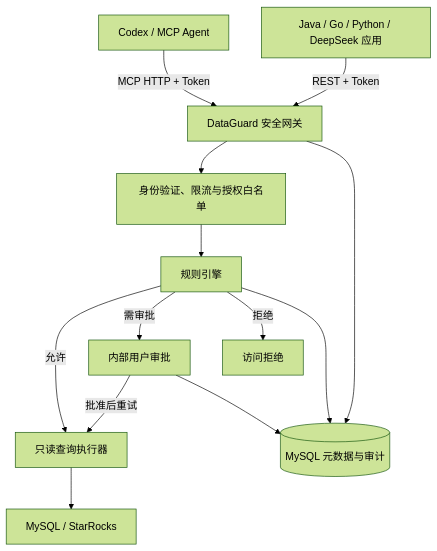
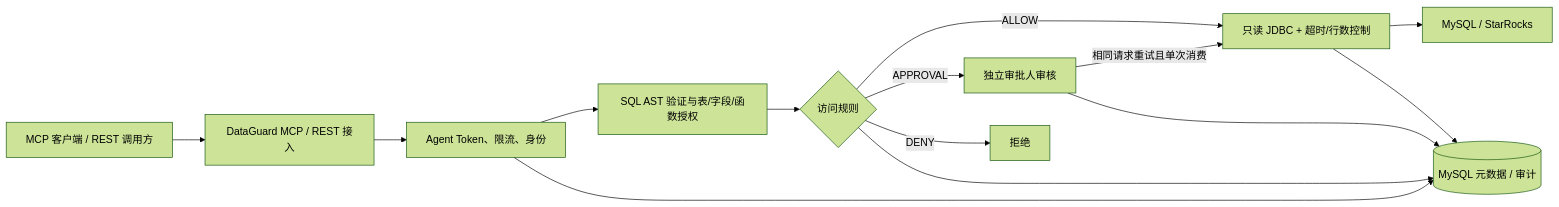
One commit to NJgaoyang/DataGuard changed the diagram in README.md. Above: the diagram before and after it, drawn with Mermaid (forest theme). The commit also changed other lines of this file and 16 other files, not shown here.

````diff
--- a/README.md
+++ b/README.md
@@ -18,15 +25,16 @@
 ```mermaid
-flowchart TD
-    A[Codex / MCP Agent] -->|MCP HTTP + Token| C[DataGuard 安全网关]
-    B[Java / Go / Python / DeepSeek 应用] -->|REST + Token| C
-    C --> D[身份验证、限流与授权白名单]
-    D --> E[规则引擎]
-    E -->|允许| F[只读查询执行器]
-    E -->|需审批| G[内部用户审批]
-    G -->|批准后重试| F
-    E -->|拒绝| H[访问拒绝]
-    F --> I[MySQL / StarRocks]
-    C --> J[(MySQL 元数据与审计)]
-    E --> J
-    G --> J
+flowchart LR
+    Client["MCP 客户端 / REST 调用方"] --> API["DataGuard MCP / REST 接入"]
+    API --> Token["Agent Token、限流、身份"]
+    Token --> SQL["SQL AST 验证与表/字段/函数授权"]
+    SQL --> Rules{"访问规则"}
+    Rules -->|ALLOW| Read["只读 JDBC + 超时/行数控制"]
+    Rules -->|APPROVAL| Review["独立审批人审核"]
+    Review -->|相同请求重试且单次消费| Read
+    Rules -->|DENY| Block["拒绝"]
+    Read --> DB["MySQL / StarRocks"]
+    Token --> Metadata[("MySQL 元数据 / 审计")]
+    Rules --> Metadata
+    Review --> Metadata
+    Read --> Metadata
 ```
````
